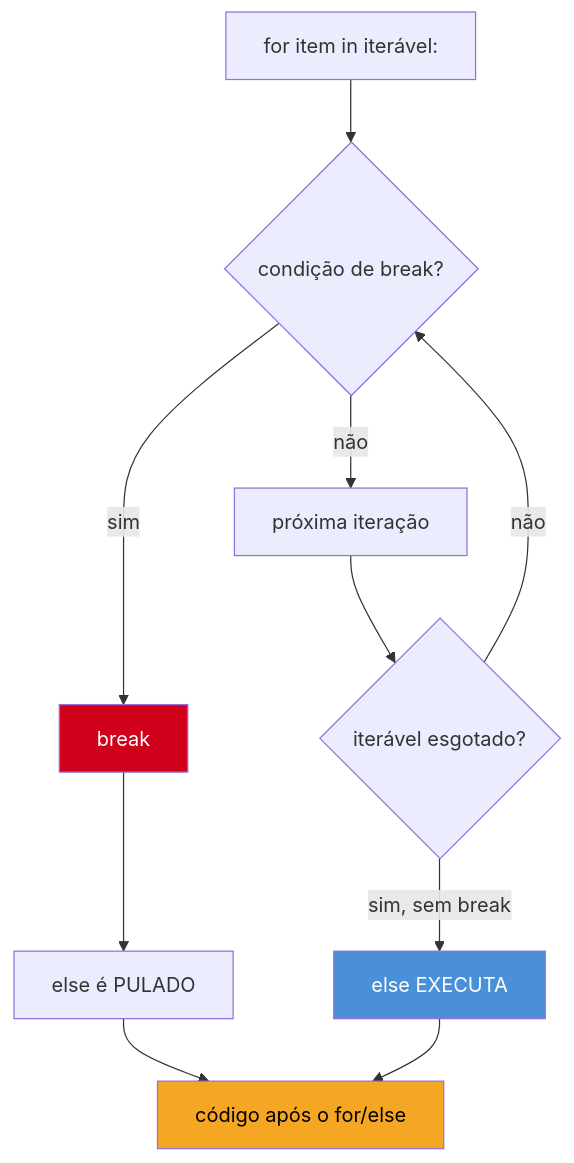
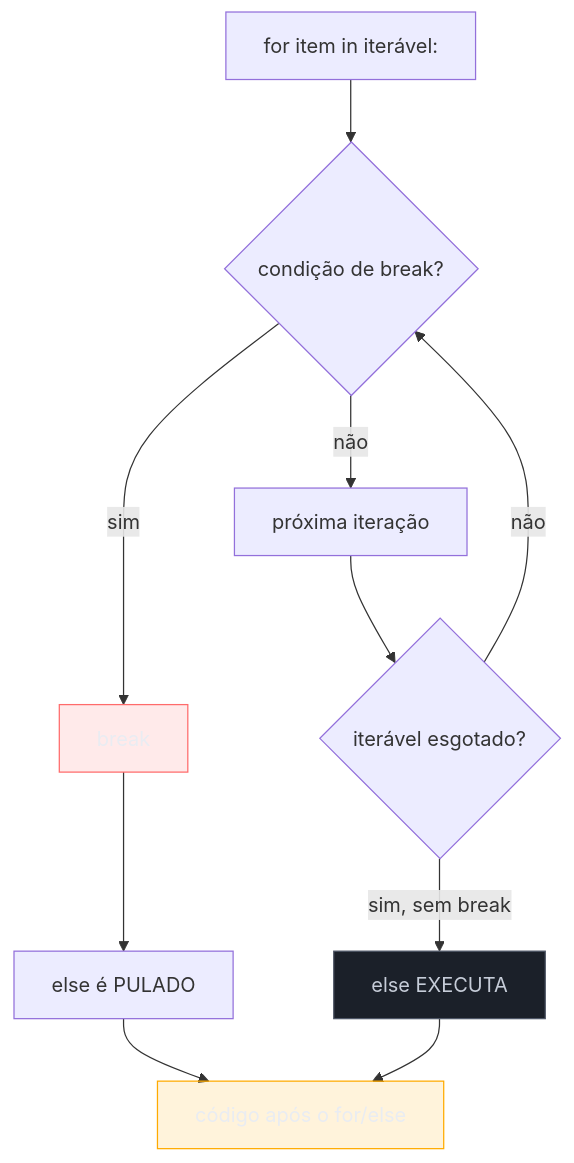
Before and after one commit to josenaldo/codex-technomanticus: the diagram in 03-Dominios/Tecnologia/Python/Core/05 - Loops — for, while, range, enumerate, zip.md, drawn with Mermaid. The commit also changed 1181 other files, not shown here.

First line of the commit message:
fix(diagramas): paleta do sistema no lugar de cor cravada no markdown

````diff
--- a/03-Dominios/Tecnologia/Python/Core/05 - Loops — for, while, range, enumerate, zip.md
+++ b/03-Dominios/Tecnologia/Python/Core/05 - Loops — for, while, range, enumerate, zip.md
@@ -344,16 +344,19 @@
 ```mermaid
 flowchart TD
+    classDef falha fill:#FF6B6B24,stroke:#FF6B6B,color:#E9ECF2
+    classDef neutro fill:#1B2029,stroke:#4E5666,color:#C6CCD8
+    classDef destaque fill:#FFAA0024,stroke:#FFAA00,color:#E9ECF2
     A["for item in iterável:"] --> B{"condição de break?"}
     B -->|"sim"| C["break"]
     C --> D["else é PULADO"]
     D --> E["código após o for/else"]
     B -->|"não"| F["próxima iteração"]
     F --> G{"iterável esgotado?"}
     G -->|"não"| B
     G -->|"sim, sem break"| H["else EXECUTA"]
     H --> E
 
-    style C fill:#D0021B,color:#fff
-    style H fill:#4A90D9,color:#fff
-    style E fill:#F5A623,color:#000
+    class C falha
+    class H neutro
+    class E destaque
 ```
````
